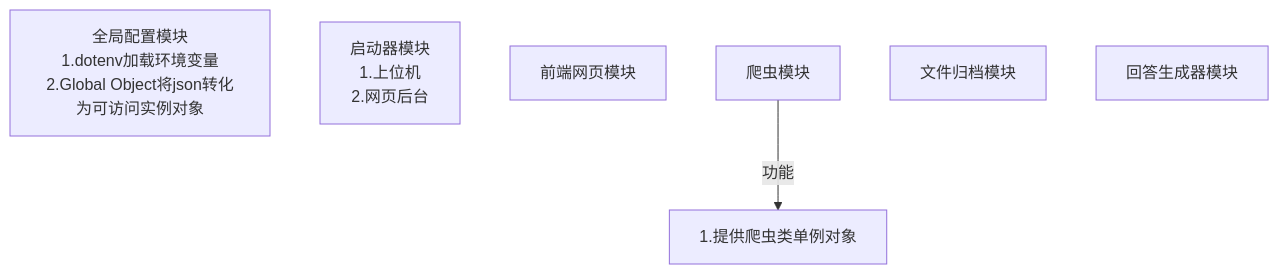
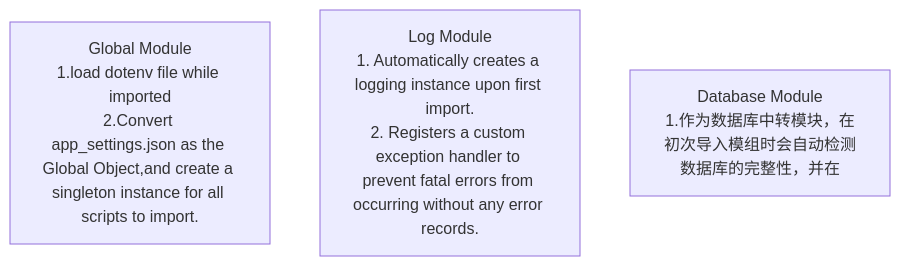
The diagram in worksheet_zh-CN.md (nmjxblw/STAT7008A_Final_Group_Project), drawn with Mermaid before and after one commit.

Commit message:
modified:   worksheet_zh-CN.md

````diff
--- a/worksheet_zh-CN.md
+++ b/worksheet_zh-CN.md
@@ -160,9 +160,6 @@
 ```mermaid
 graph TD
-  global_module[全局配置模块<br>1.dotenv加载环境变量<br>2.Global Object将json转化为可访问实例对象]
-  launcher_module[启动器模块<br>1.上位机<br>2.网页后台]
-  frontend_module[前端网页模块]
-  clawer_module[爬虫模块<br>]-->|功能|clawer_api[1.提供爬虫类单例对象<br>]
-  classifier_module[文件归档模块]
-  generator_module[回答生成器模块]
+  A[Global Module<br>1.load dotenv file while imported<br>2.Convert app_settings.json as the Global Object,and create a singleton instance for all scripts to import.]
+  B[Log Module<br>1. Automatically creates a logging instance upon first import.<br>2. Registers a custom exception handler to prevent fatal errors from occurring without any error records.]
+  C[Database Module<br>1.作为数据库中转模块，在初次导入模组时会自动检测数据库的完整性，并在]
 ```
````
